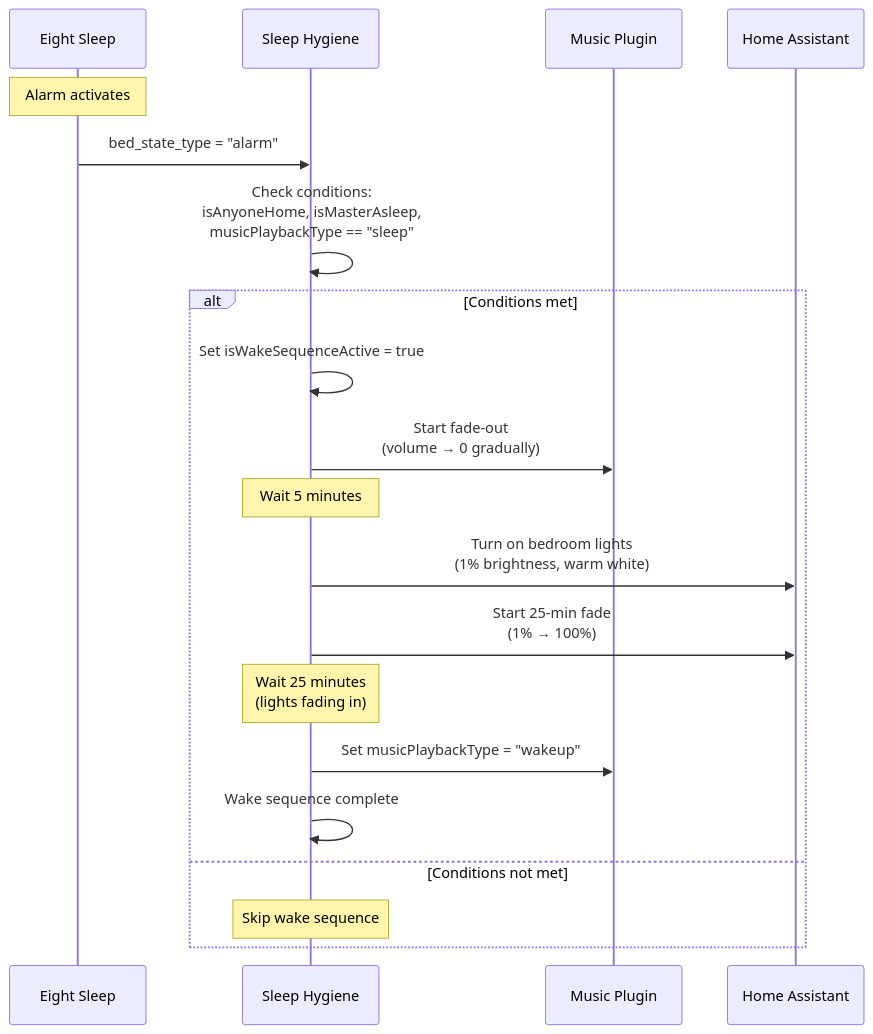
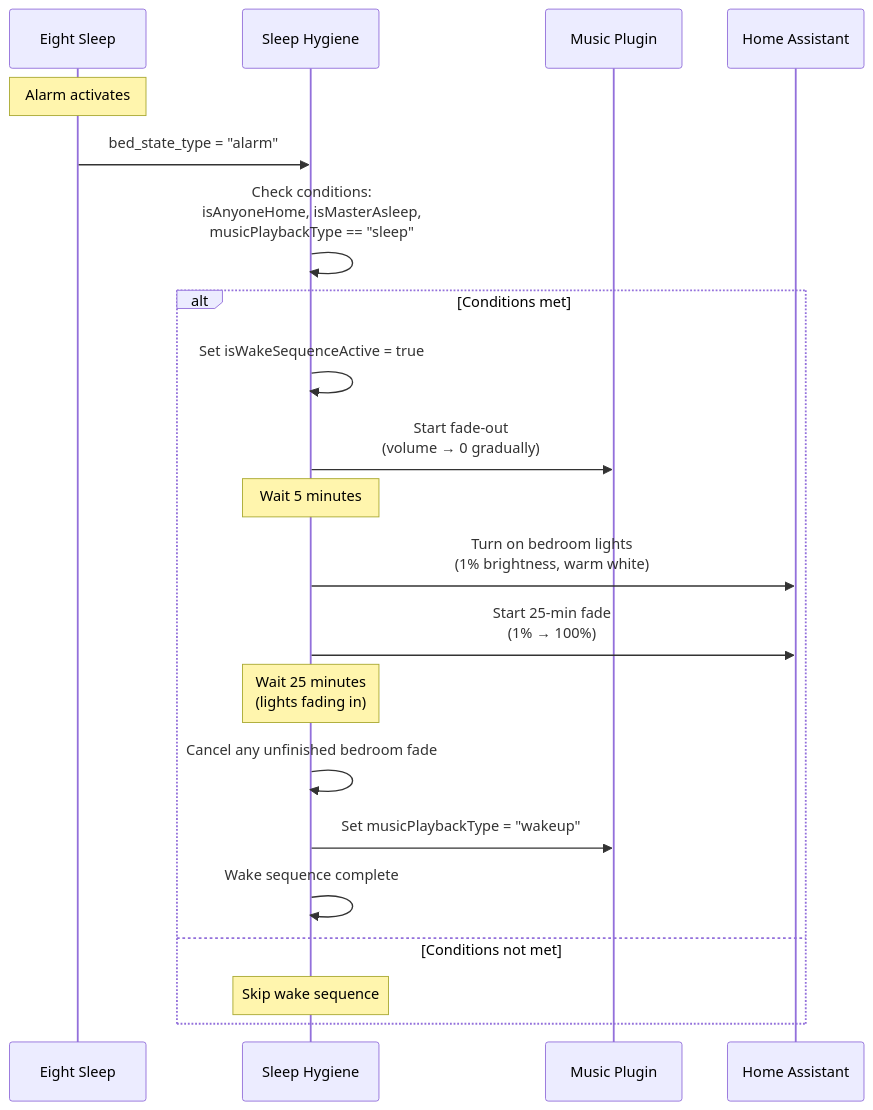
The second of 9 diagrams in docs/flows/SLEEP_HYGIENE.md (NickBorgers/home-automation), drawn with Mermaid before and after one commit. The commit also changed other lines of this file and 2 other files, not shown here.

Commit message:
Fix stale bedroom fade after wake music starts

````diff
--- a/docs/flows/SLEEP_HYGIENE.md
+++ b/docs/flows/SLEEP_HYGIENE.md
@@ -71,30 +71,31 @@
 ```mermaid
 sequenceDiagram
     participant ES as Eight Sleep
     participant SH as Sleep Hygiene
     participant Music as Music Plugin
     participant Lights as Home Assistant
 
     Note over ES: Alarm activates
 
     ES->>SH: bed_state_type = "alarm"
 
     SH->>SH: Check conditions:<br/>isAnyoneHome, isMasterAsleep,<br/>musicPlaybackType == "sleep"
 
     alt Conditions met
         SH->>SH: Set isWakeSequenceActive = true
         SH->>Music: Start fade-out<br/>(volume → 0 gradually)
 
         Note over SH: Wait 5 minutes
 
         SH->>Lights: Turn on bedroom lights<br/>(1% brightness, warm white)
         SH->>Lights: Start 25-min fade<br/>(1% → 100%)
 
         Note over SH: Wait 25 minutes<br/>(lights fading in)
 
+        SH->>SH: Cancel any unfinished bedroom fade
         SH->>Music: Set musicPlaybackType = "wakeup"
         SH->>SH: Wake sequence complete
     else Conditions not met
         Note over SH: Skip wake sequence
     end
 ```
````
